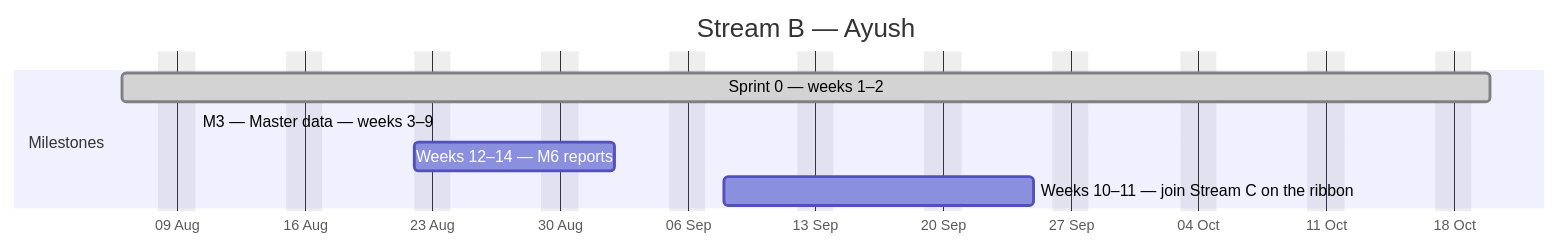
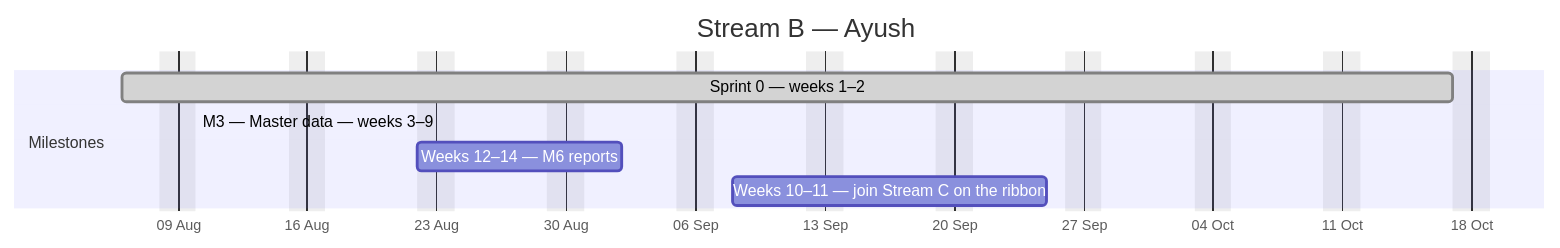
One commit to debashisedunext/EduTrack changed the second of 4 diagrams in docs/plan/GANTT.md. Above: the diagram before and after it, drawn with Mermaid. The commit also changed other lines of this file and 3 other files, not shown here.

````diff
--- a/docs/plan/GANTT.md
+++ b/docs/plan/GANTT.md
@@ -121,12 +121,12 @@
 ```mermaid
 gantt
     dateFormat YYYY-MM-DD
     axisFormat %d %b
     title Stream B — Ayush
     excludes weekends
     section Milestones
-    Sprint 0 — weeks 1–2 :done, b0, 2026-08-06, 53d
-    M3 — Master data — weeks 3–9 :active, b1, 2026-08-10, -21d
+    Sprint 0 — weeks 1–2 :done, b0, 2026-08-06, 52d
+    M3 — Master data — weeks 3–9 :active, b1, 2026-08-10, -20d
     Weeks 12–14 — M6 reports :b2, 2026-08-22, 8d
     Weeks 10–11 — join Stream C on the ribbon :b3, 2026-09-08, 13d
 ```
````
